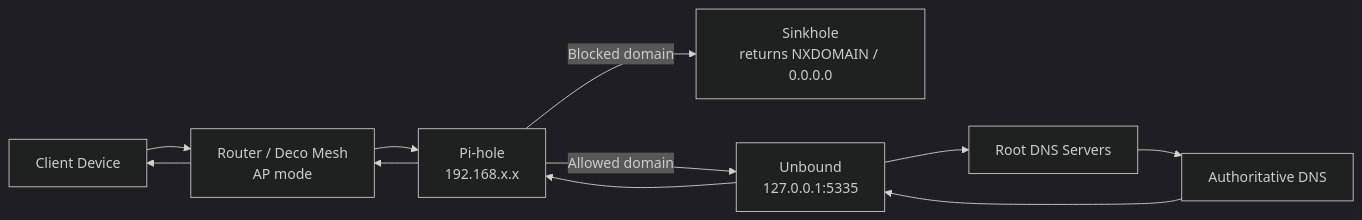
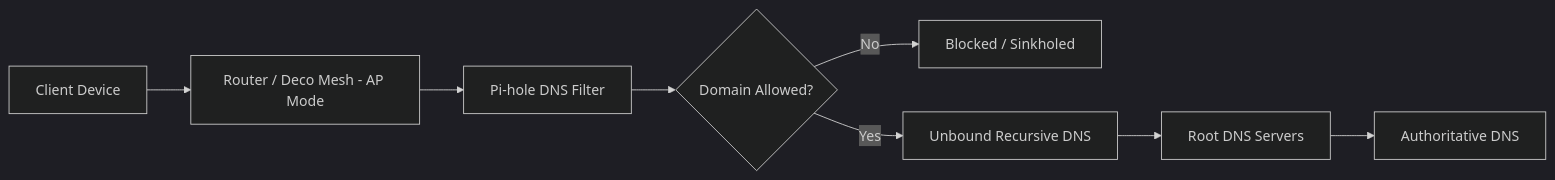
One commit to tkellz30/IT-Career changed the diagram in homelab/pihole-dns-filtering-lab/README.md. Above: the diagram before and after it, drawn with Mermaid (dark theme). The commit also changed other lines of this file, not shown here.

Commit message:
Fix broken Mermaid diagram in Pi-hole lab README
Replace graph LR syntax (which GitHub's renderer rejects with "Cannot
read properties of undefined") with flowchart LR using quoted node
labels and a decision diamond. Diagram logic preserved: client ->
router -> Pi-hole -> blocked or Unbound -> root -> authoritative DNS.

````diff
--- a/homelab/pihole-dns-filtering-lab/README.md
+++ b/homelab/pihole-dns-filtering-lab/README.md
@@ -102,13 +104,10 @@
 ```mermaid
-graph LR
-    A[Client Device] --> B[Router / Deco Mesh\nAP mode]
-    B --> C[Pi-hole\n192.168.x.x]
-    C -->|Blocked domain| D[Sinkhole\nreturns NXDOMAIN / 0.0.0.0]
-    C -->|Allowed domain| E[Unbound\n127.0.0.1:5335]
-    E --> F[Root DNS Servers]
-    F --> G[Authoritative DNS]
-    G --> E
-    E --> C
-    C --> B
-    B --> A
+flowchart LR
+    A["Client Device"] --> B["Router / Deco Mesh - AP Mode"]
+    B --> C["Pi-hole DNS Filter"]
+    C --> D{"Domain Allowed?"}
+    D -- "No" --> E["Blocked / Sinkholed"]
+    D -- "Yes" --> F["Unbound Recursive DNS"]
+    F --> G["Root DNS Servers"]
+    G --> H["Authoritative DNS"]
 ```
````
